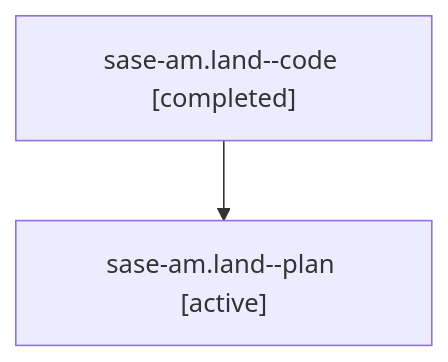
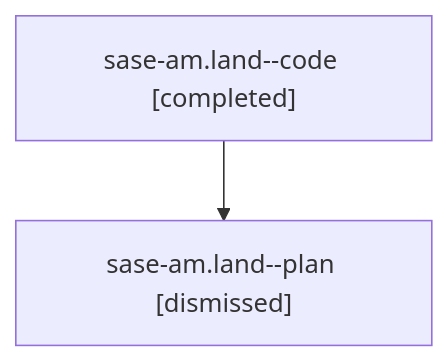
The diagram in sessions/bbugyi200.athena.sase-am.land.md (sase-org/sase--agents), drawn with Mermaid before and after one commit. The commit also changed other lines of this file and 70 other files, not shown here.

````diff
--- a/sessions/bbugyi200.athena.sase-am.land.md
+++ b/sessions/bbugyi200.athena.sase-am.land.md
@@ -9,6 +9,6 @@
 ```mermaid
 flowchart TD
   n0["sase-am.land--code [completed]"]
-  n1["sase-am.land--plan [active]"]
+  n1["sase-am.land--plan [dismissed]"]
   n0 --> n1
 ```
````
